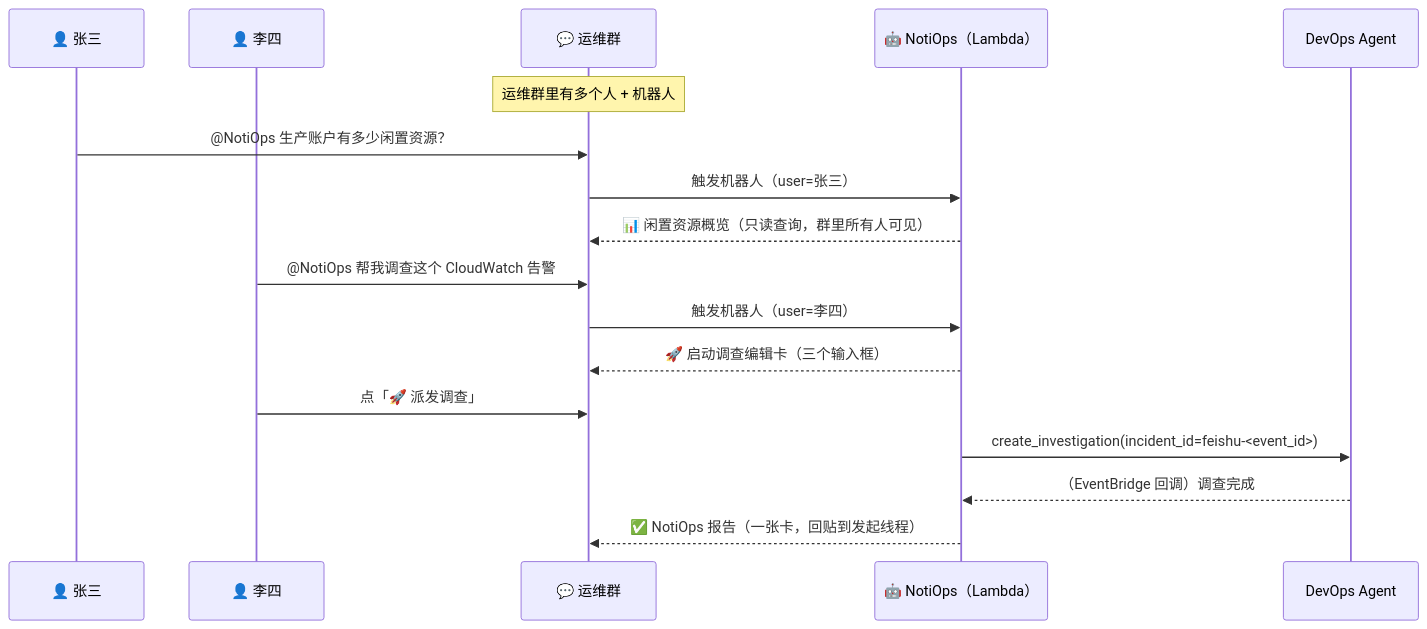
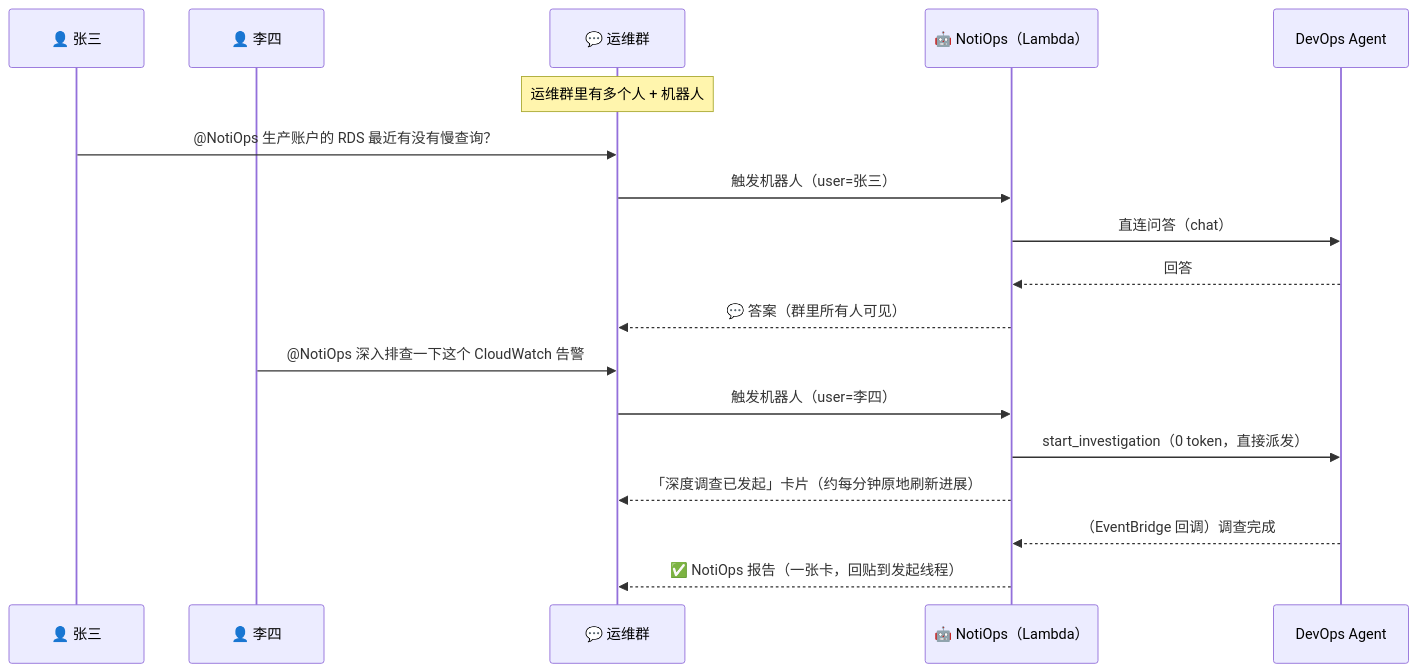
Before and after one commit to aws-samples/sample-notiops: the third of 7 diagrams in docs/im-bot-interaction.md, drawn with Mermaid. The commit also changed other lines of this file and 171 other files, not shown here.

First line of the commit message:
release: NotiOps v1.0.30

````diff
--- a/docs/im-bot-interaction.md
+++ b/docs/im-bot-interaction.md
@@ -80,21 +83,22 @@
 ```mermaid
 sequenceDiagram
     participant User1 as 👤 张三
     participant User2 as 👤 李四
     participant Group as 💬 运维群
     participant Bot as 🤖 NotiOps（Lambda）
     participant Agent as DevOps Agent
 
     Note over Group: 运维群里有多个人 + 机器人
-    User1->>Group: @NotiOps 生产账户有多少闲置资源？
+    User1->>Group: @NotiOps 生产账户的 RDS 最近有没有慢查询？
     Group->>Bot: 触发机器人（user=张三）
-    Bot-->>Group: 📊 闲置资源概览（只读查询，群里所有人可见）
+    Bot->>Agent: 直连问答（chat）
+    Agent-->>Bot: 回答
+    Bot-->>Group: 💬 答案（群里所有人可见）
 
-    User2->>Group: @NotiOps 帮我调查这个 CloudWatch 告警
+    User2->>Group: @NotiOps 深入排查一下这个 CloudWatch 告警
     Group->>Bot: 触发机器人（user=李四）
-    Bot-->>Group: 🚀 启动调查编辑卡（三个输入框）
-    User2->>Group: 点「🚀 派发调查」
-    Bot->>Agent: create_investigation(incident_id=feishu-<event_id>)
+    Bot->>Agent: start_investigation（0 token，直接派发）
+    Bot-->>Group: 「深度调查已发起」卡片（约每分钟原地刷新进展）
     Agent-->>Bot: （EventBridge 回调）调查完成
     Bot-->>Group: ✅ NotiOps 报告（一张卡，回贴到发起线程）
 ```
````
